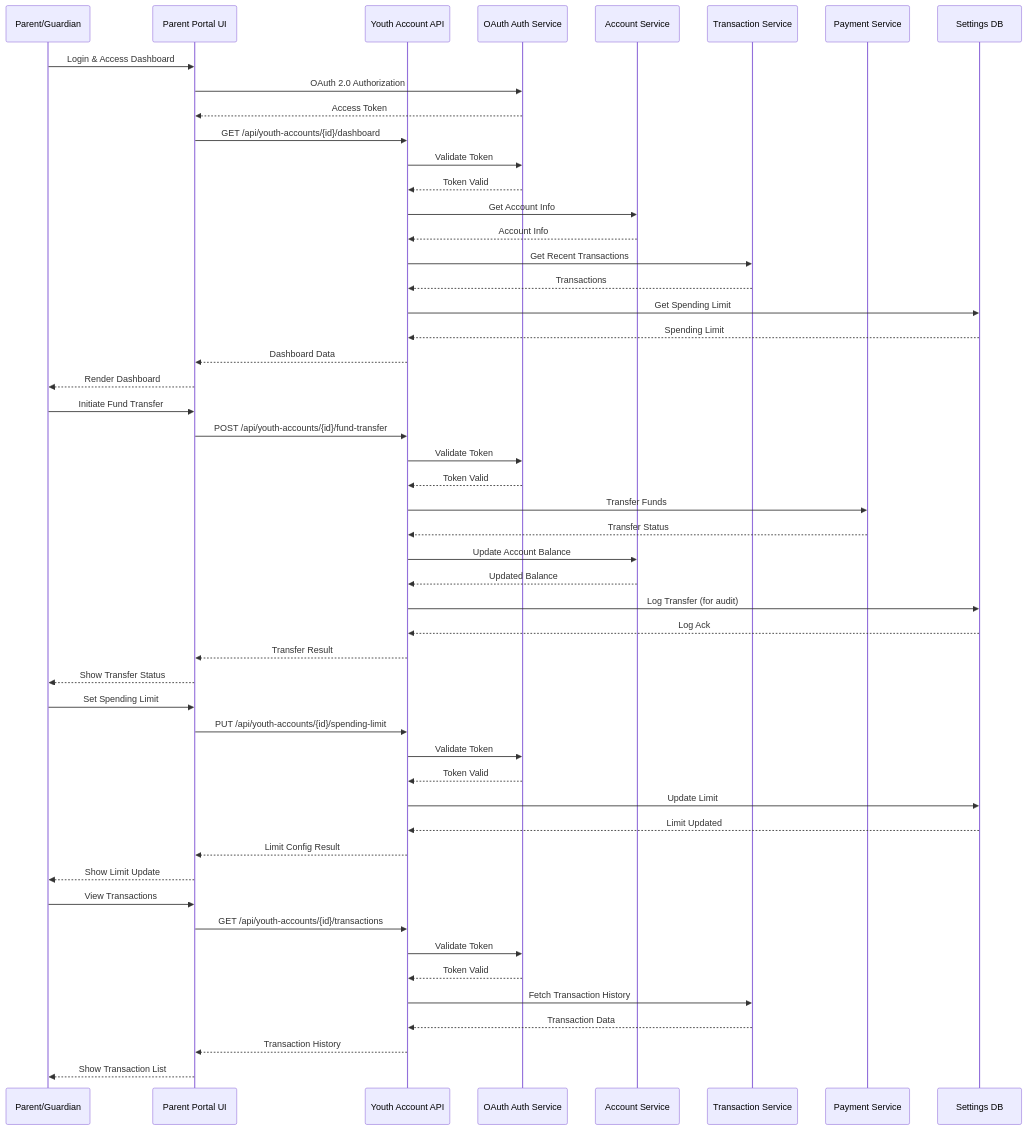
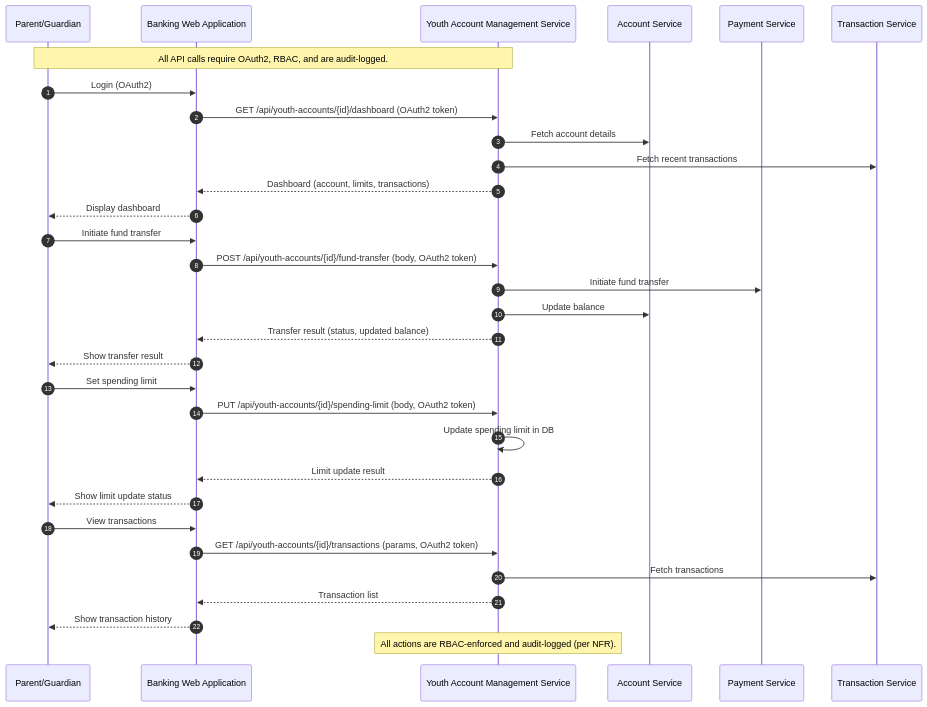
Before and after one commit to Ascend-Krithi/SCIB-Inception: the diagram in Components and Sequence Diagrams/sequence_diagram.mmd, drawn with Mermaid. The commit also changed 1 other file, not shown here.

```diff
--- a/Components and Sequence Diagrams/sequence_diagram.mmd
+++ b/Components and Sequence Diagrams/sequence_diagram.mmd
@@ -1,56 +1,33 @@
-%% Youth Account Management Sequence Diagram (Mermaid)
+%% Sequence Diagram: Youth Account Management API - Parent Fund Allocation
 sequenceDiagram
-    participant Parent as Parent/Guardian
-    participant UI as Parent Portal UI
-    participant API as Youth Account API
-    participant Auth as OAuth Auth Service
-    participant AccountSvc as Account Service
-    participant TransSvc as Transaction Service
-    participant PaymentSvc as Payment Service
-    participant SettingsDB as Settings DB
-
-    Parent->>UI: Login & Access Dashboard
-    UI->>Auth: OAuth 2.0 Authorization
-    Auth-->>UI: Access Token
-    UI->>API: GET /api/youth-accounts/{id}/dashboard
-    API->>Auth: Validate Token
-    Auth-->>API: Token Valid
-    API->>AccountSvc: Get Account Info
-    AccountSvc-->>API: Account Info
-    API->>TransSvc: Get Recent Transactions
-    TransSvc-->>API: Transactions
-    API->>SettingsDB: Get Spending Limit
-    SettingsDB-->>API: Spending Limit
-    API-->>UI: Dashboard Data
-    UI-->>Parent: Render Dashboard
-
-    Parent->>UI: Initiate Fund Transfer
-    UI->>API: POST /api/youth-accounts/{id}/fund-transfer
-    API->>Auth: Validate Token
-    Auth-->>API: Token Valid
-    API->>PaymentSvc: Transfer Funds
-    PaymentSvc-->>API: Transfer Status
-    API->>AccountSvc: Update Account Balance
-    AccountSvc-->>API: Updated Balance
-    API->>SettingsDB: Log Transfer (for audit)
-    SettingsDB-->>API: Log Ack
-    API-->>UI: Transfer Result
-    UI-->>Parent: Show Transfer Status
-
-    Parent->>UI: Set Spending Limit
-    UI->>API: PUT /api/youth-accounts/{id}/spending-limit
-    API->>Auth: Validate Token
-    Auth-->>API: Token Valid
-    API->>SettingsDB: Update Limit
-    SettingsDB-->>API: Limit Updated
-    API-->>UI: Limit Config Result
-    UI-->>Parent: Show Limit Update
-
-    Parent->>UI: View Transactions
-    UI->>API: GET /api/youth-accounts/{id}/transactions
-    API->>Auth: Validate Token
-    Auth-->>API: Token Valid
-    API->>TransSvc: Fetch Transaction History
-    TransSvc-->>API: Transaction Data
-    API-->>UI: Transaction History
-    UI-->>Parent: Show Transaction List
+  autonumber
+  participant Parent as Parent/Guardian
+  participant WebApp as Banking Web Application
+  participant API as Youth Account Management Service
+  participant AccountSvc as Account Service
+  participant PaymentSvc as Payment Service
+  participant TransSvc as Transaction Service
+  note over Parent,API: All API calls require OAuth2, RBAC, and are audit-logged.
+  Parent->>WebApp: Login (OAuth2)
+  WebApp->>API: GET /api/youth-accounts/{id}/dashboard (OAuth2 token)
+  API->>AccountSvc: Fetch account details
+  API->>TransSvc: Fetch recent transactions
+  API-->>WebApp: Dashboard (account, limits, transactions)
+  WebApp-->>Parent: Display dashboard
+  Parent->>WebApp: Initiate fund transfer
+  WebApp->>API: POST /api/youth-accounts/{id}/fund-transfer (body, OAuth2 token)
+  API->>PaymentSvc: Initiate fund transfer
+  API->>AccountSvc: Update balance
+  API-->>WebApp: Transfer result (status, updated balance)
+  WebApp-->>Parent: Show transfer result
+  Parent->>WebApp: Set spending limit
+  WebApp->>API: PUT /api/youth-accounts/{id}/spending-limit (body, OAuth2 token)
+  API->>API: Update spending limit in DB
+  API-->>WebApp: Limit update result
+  WebApp-->>Parent: Show limit update status
+  Parent->>WebApp: View transactions
+  WebApp->>API: GET /api/youth-accounts/{id}/transactions (params, OAuth2 token)
+  API->>TransSvc: Fetch transactions
+  API-->>WebApp: Transaction list
+  WebApp-->>Parent: Show transaction history
+  note over API: All actions are RBAC-enforced and audit-logged (per NFR).
```
